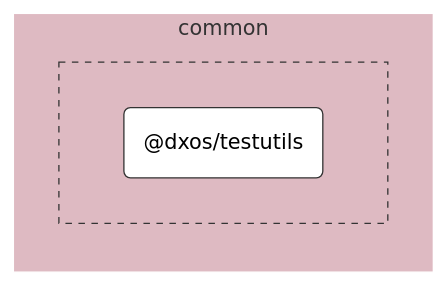
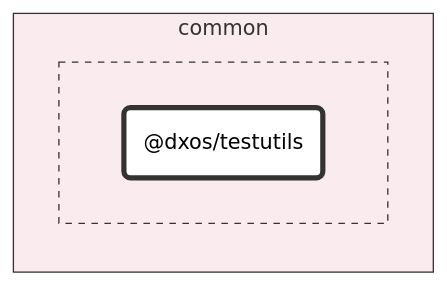
One commit to dxos/dxos changed the diagram in packages/common/testutils/docs/README.md. Above: the diagram before and after it, drawn with Mermaid (neutral theme). The commit also changed 93 other files, not shown here.

First line of the commit message:
chore: hierarchical graphs. (#1583)

````diff
--- a/packages/common/testutils/docs/README.md
+++ b/packages/common/testutils/docs/README.md
@@ -7,24 +7,24 @@
 ```mermaid
 %%{ init: {'flowchart':{'curve':'basis'}} }%%
 
 flowchart LR
 
 %% Classes
 classDef def fill:#fff,stroke:#333,stroke-width:1px
 classDef root fill:#fff,stroke:#333,stroke-width:4px
 
 %% Nodes
 
 subgraph common [common]
-  style common fill:#debac2,stroke:#fff
+  style common fill:#faebee,stroke:#333
 
-  subgraph common-excluded [ ]
-    style common-excluded fill:#debac2,stroke:#333,stroke-dasharray:5 5
-    dxos/testutils("@dxos/testutils"):::def
+  subgraph _ [ ]
+    style _ fill:#faebee,stroke:#333,stroke-dasharray:5 5
+    dxos/testutils("@dxos/testutils"):::root
     click dxos/testutils "dxos/dxos/tree/main/packages/common/testutils/docs"
   end
 end
 
 %% Links
 linkStyle default stroke:#333,stroke-width:1px
 ```
````
